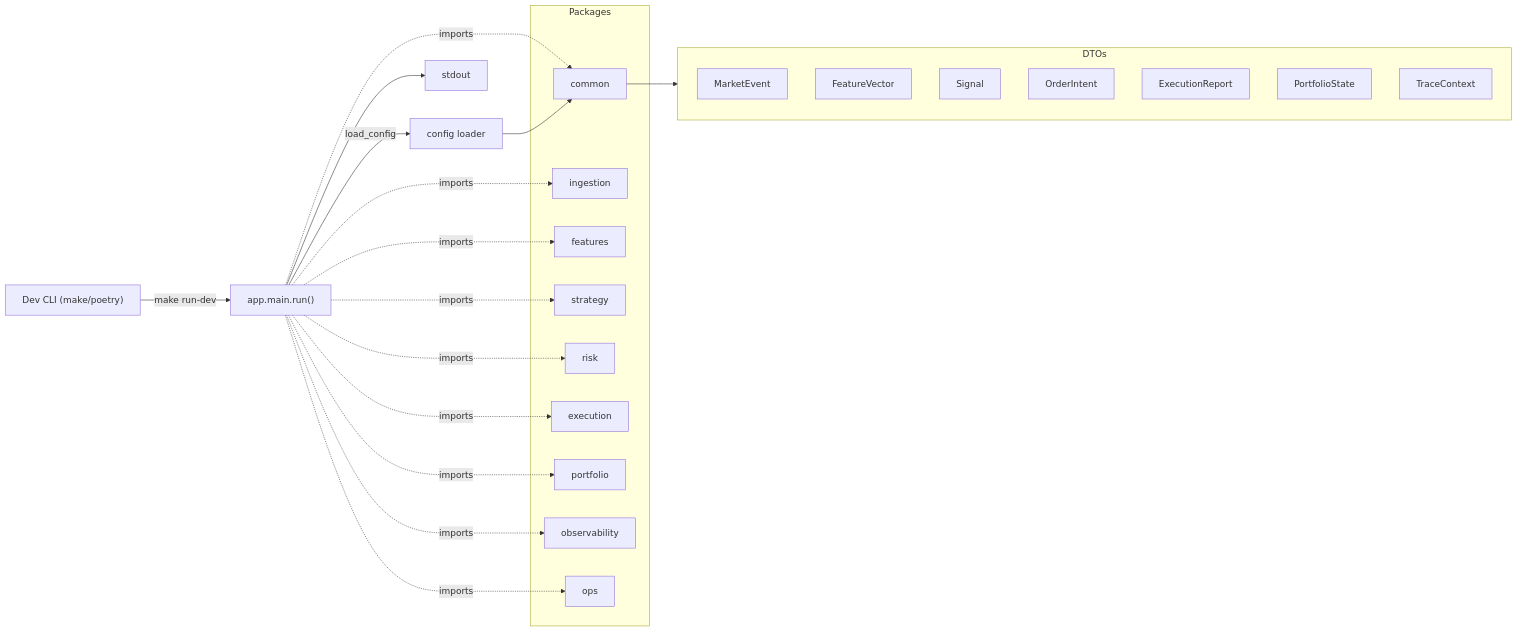
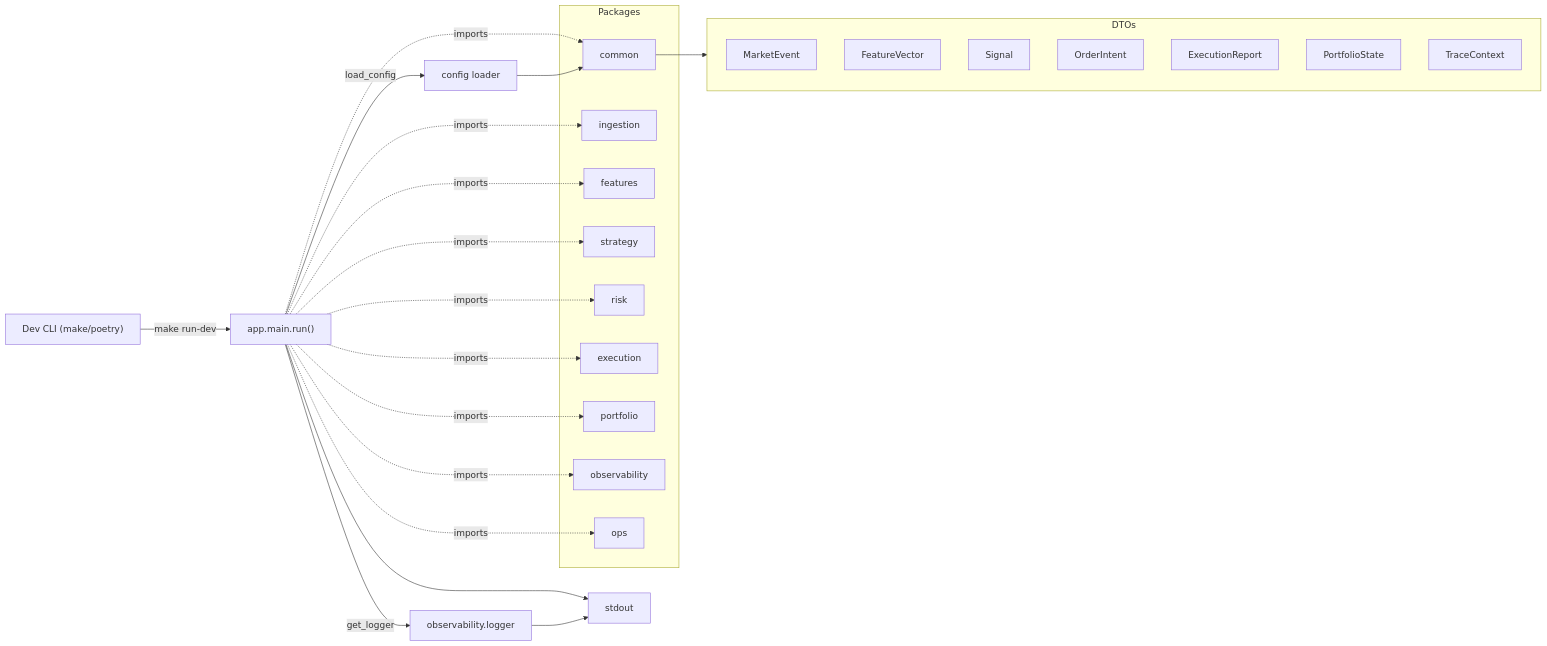
The first of 3 diagrams in docs/architecture.md (oscarlgarcia/MyTraderSystem), drawn with Mermaid before and after one commit. The commit also changed other lines of this file and 5 other files, not shown here.

````diff
--- a/docs/architecture.md
+++ b/docs/architecture.md
@@ -3,45 +3,48 @@
 ```mermaid
 flowchart LR
   Dev["Dev CLI (make/poetry)"]
   Main["app.main.run()"]
   Config["config loader"]
+  Logger["observability.logger"]
   Stdout["stdout"]
 
   Dev -->|"make run-dev"| Main --> Stdout
   Main -->|"load_config"| Config
+  Main -->|"get_logger"| Logger
 
 subgraph Packages
   common
   ingestion
   features
   strategy
   risk
   execution
   portfolio
   observability
   ops
 end
 
 Main -. imports .-> common
 Main -. imports .-> ingestion
 Main -. imports .-> features
 Main -. imports .-> strategy
 Main -. imports .-> risk
 Main -. imports .-> execution
 Main -. imports .-> portfolio
 Main -. imports .-> observability
 Main -. imports .-> ops
 
 subgraph DTOs
   MarketEvent
   FeatureVector
   Signal
   OrderIntent
   ExecutionReport
   PortfolioState
   TraceContext
 end
 
 common --> DTOs
 Config --> common
+Logger --> Stdout
 ```
````
